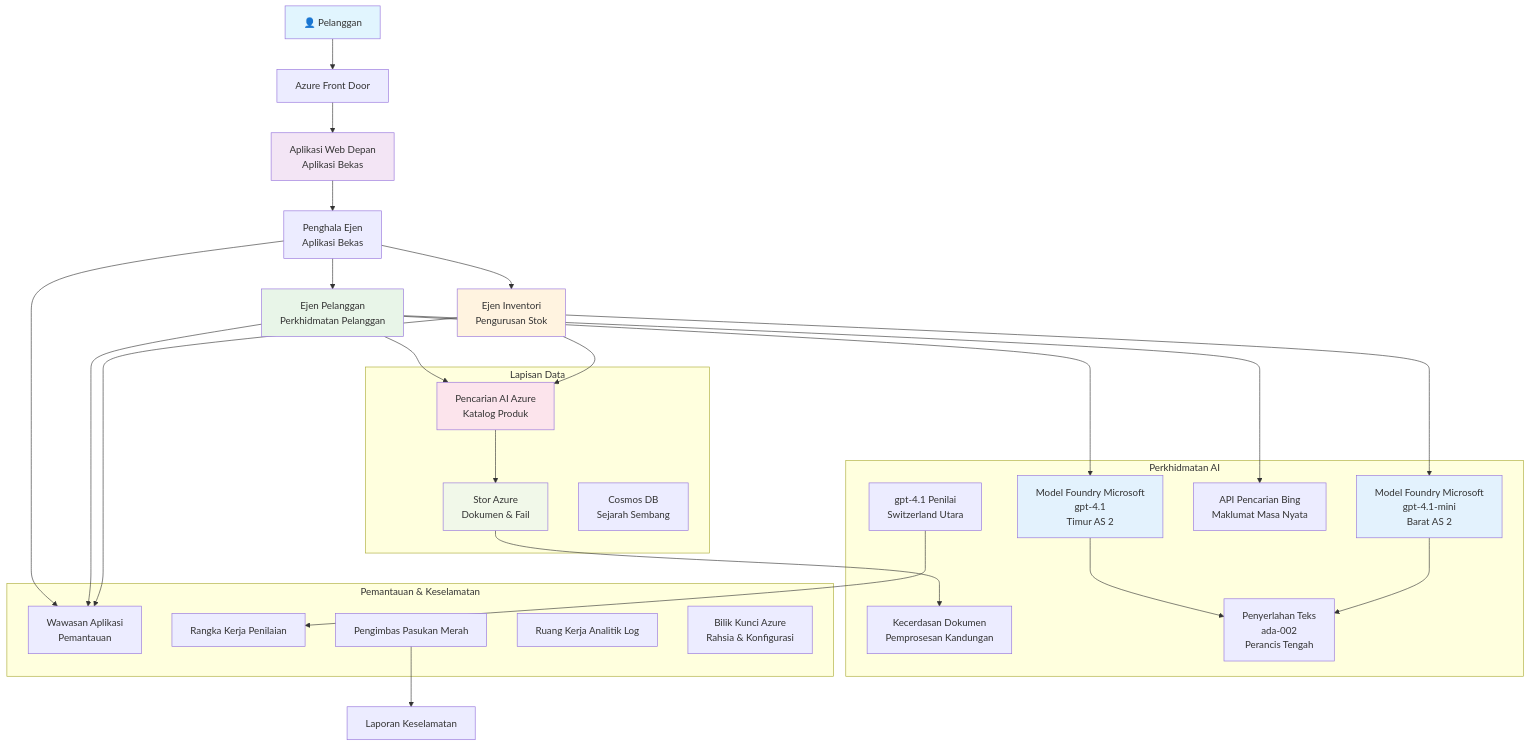
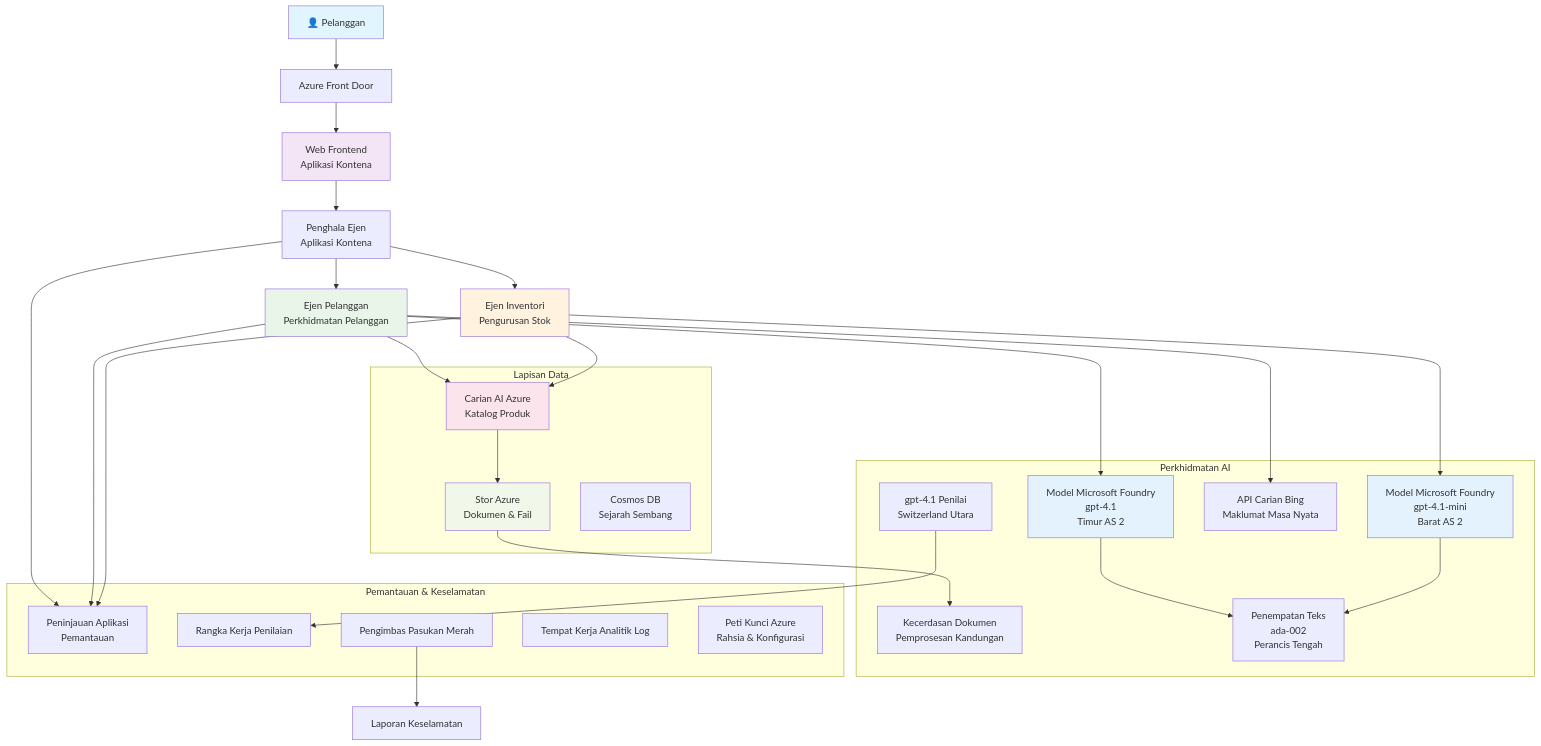
Before and after one commit to microsoft/AZD-for-beginners: the diagram in translations/ms/examples/retail-scenario.md, drawn with Mermaid. The commit also changed other lines of this file and 104 other files, not shown here.

````diff
--- a/translations/ms/examples/retail-scenario.md
+++ b/translations/ms/examples/retail-scenario.md
@@ -139,61 +139,61 @@
 ```mermaid
 graph TB
     User[👤 Pelanggan] --> LB[Azure Front Door]
-    LB --> WebApp[Aplikasi Web Depan<br/>Aplikasi Bekas]
+    LB --> WebApp[Web Frontend<br/>Aplikasi Kontena]
     
-    WebApp --> Router[Penghala Ejen<br/>Aplikasi Bekas]
+    WebApp --> Router[Penghala Ejen<br/>Aplikasi Kontena]
     Router --> CustomerAgent[Ejen Pelanggan<br/>Perkhidmatan Pelanggan]
     Router --> InvAgent[Ejen Inventori<br/>Pengurusan Stok]
     
-    CustomerAgent --> OpenAI1[Model Foundry Microsoft<br/>gpt-4.1<br/>Timur AS 2]
-    InvAgent --> OpenAI2[Model Foundry Microsoft<br/>gpt-4.1-mini<br/>Barat AS 2]
+    CustomerAgent --> OpenAI1[Model Microsoft Foundry<br/>gpt-4.1<br/>Timur AS 2]
+    InvAgent --> OpenAI2[Model Microsoft Foundry<br/>gpt-4.1-mini<br/>Barat AS 2]
     
-    CustomerAgent --> AISearch[Pencarian AI Azure<br/>Katalog Produk]
-    CustomerAgent --> BingSearch[API Pencarian Bing<br/>Maklumat Masa Nyata]
+    CustomerAgent --> AISearch[Carian AI Azure<br/>Katalog Produk]
+    CustomerAgent --> BingSearch[API Carian Bing<br/>Maklumat Masa Nyata]
     InvAgent --> AISearch
     
     AISearch --> Storage[Stor Azure<br/>Dokumen & Fail]
     Storage --> DocIntel[Kecerdasan Dokumen<br/>Pemprosesan Kandungan]
     
-    OpenAI1 --> Embeddings[Penyerlahan Teks<br/>ada-002<br/>Perancis Tengah]
+    OpenAI1 --> Embeddings[Penempatan Teks<br/>ada-002<br/>Perancis Tengah]
     OpenAI2 --> Embeddings
     
-    Router --> AppInsights[Wawasan Aplikasi<br/>Pemantauan]
+    Router --> AppInsights[Peninjauan Aplikasi<br/>Pemantauan]
     CustomerAgent --> AppInsights
     InvAgent --> AppInsights
     
     GraderModel[gpt-4.1 Penilai<br/>Switzerland Utara] --> Evaluation[Rangka Kerja Penilaian]
     RedTeam[Pengimbas Pasukan Merah] --> SecurityReports[Laporan Keselamatan]
     
     subgraph "Lapisan Data"
         Storage
         AISearch
         CosmosDB[Cosmos DB<br/>Sejarah Sembang]
     end
     
     subgraph "Perkhidmatan AI"
         OpenAI1
         OpenAI2
         Embeddings
         GraderModel
         DocIntel
         BingSearch
     end
     
     subgraph "Pemantauan & Keselamatan"
         AppInsights
-        LogAnalytics[Ruang Kerja Analitik Log]
-        KeyVault[Bilik Kunci Azure<br/>Rahsia & Konfigurasi]
+        LogAnalytics[Tempat Kerja Analitik Log]
+        KeyVault[Peti Kunci Azure<br/>Rahsia & Konfigurasi]
         RedTeam
         Evaluation
     end
     
     style User fill:#e1f5fe
     style WebApp fill:#f3e5f5
     style CustomerAgent fill:#e8f5e8
     style InvAgent fill:#fff3e0
     style OpenAI1 fill:#e3f2fd
     style OpenAI2 fill:#e3f2fd
     style AISearch fill:#fce4ec
     style Storage fill:#f1f8e9
 ```
````
